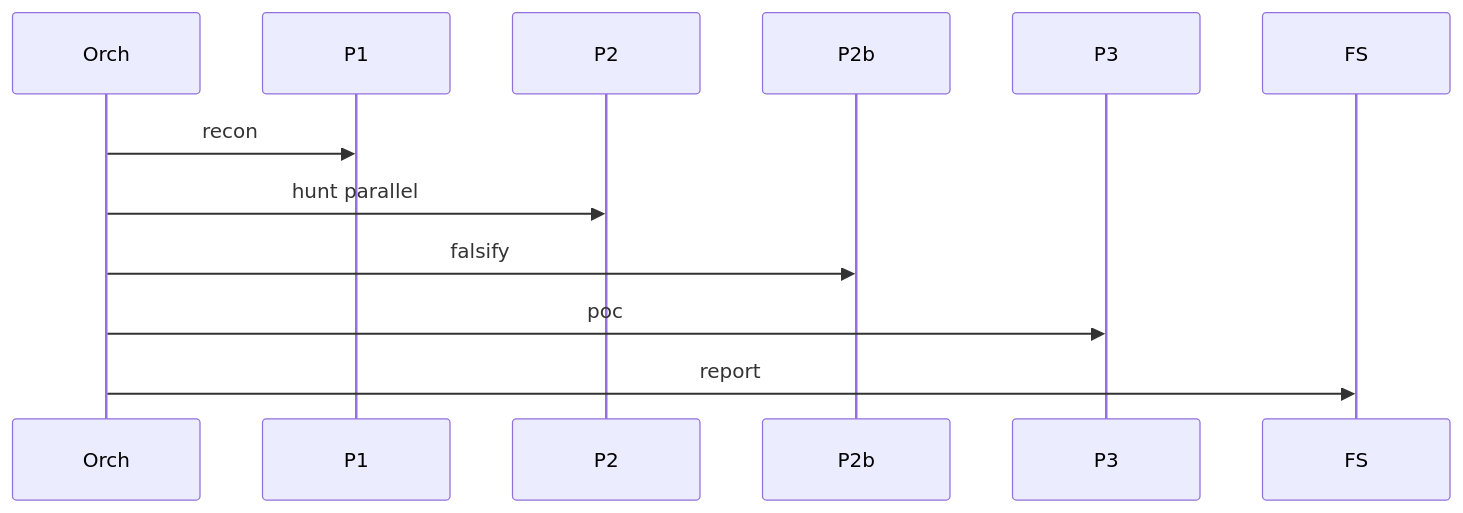
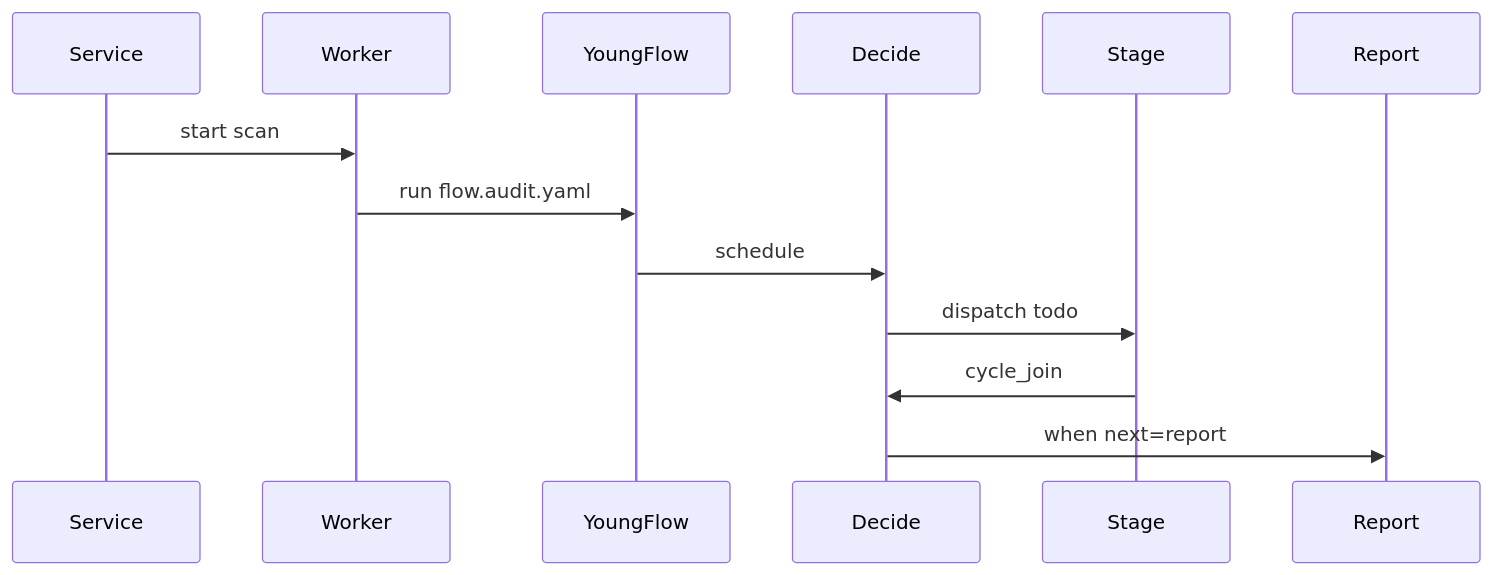
One commit to hgmgjugjygjy/agent-research changed the diagram in diagrams/vulnhunter/sequence-mermaid.md. Above: the diagram before and after it, drawn with Mermaid. The commit also changed other lines of this file and 23 other files, not shown here.

````diff
--- a/diagrams/vulnhunter/sequence-mermaid.md
+++ b/diagrams/vulnhunter/sequence-mermaid.md
@@ -3,8 +3,9 @@
 ```mermaid
 sequenceDiagram
-  Orch->>P1: recon
-  Orch->>P2: hunt parallel
-  Orch->>P2b: falsify
-  Orch->>P3: poc
-  Orch->>FS: report
+  Service->>Worker: start scan
+  Worker->>YoungFlow: run flow.audit.yaml
+  YoungFlow->>Decide: schedule
+  Decide->>Stage: dispatch todo
+  Stage->>Decide: cycle_join
+  Decide->>Report: when next=report
 ```
````
